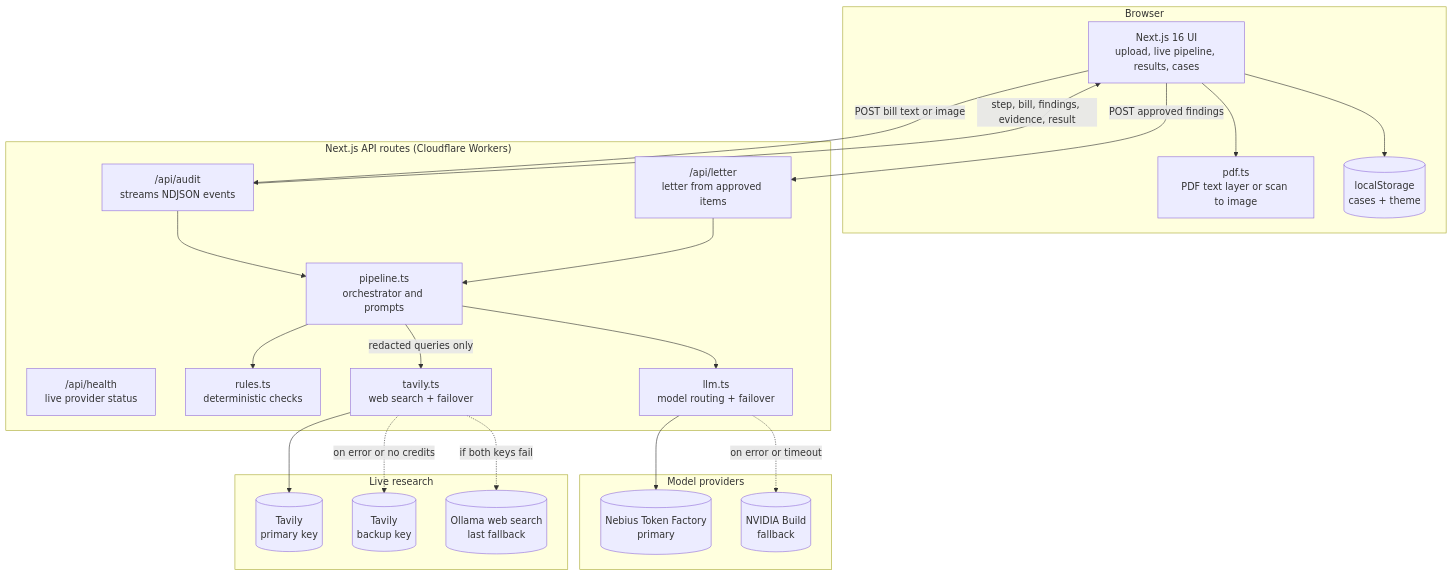
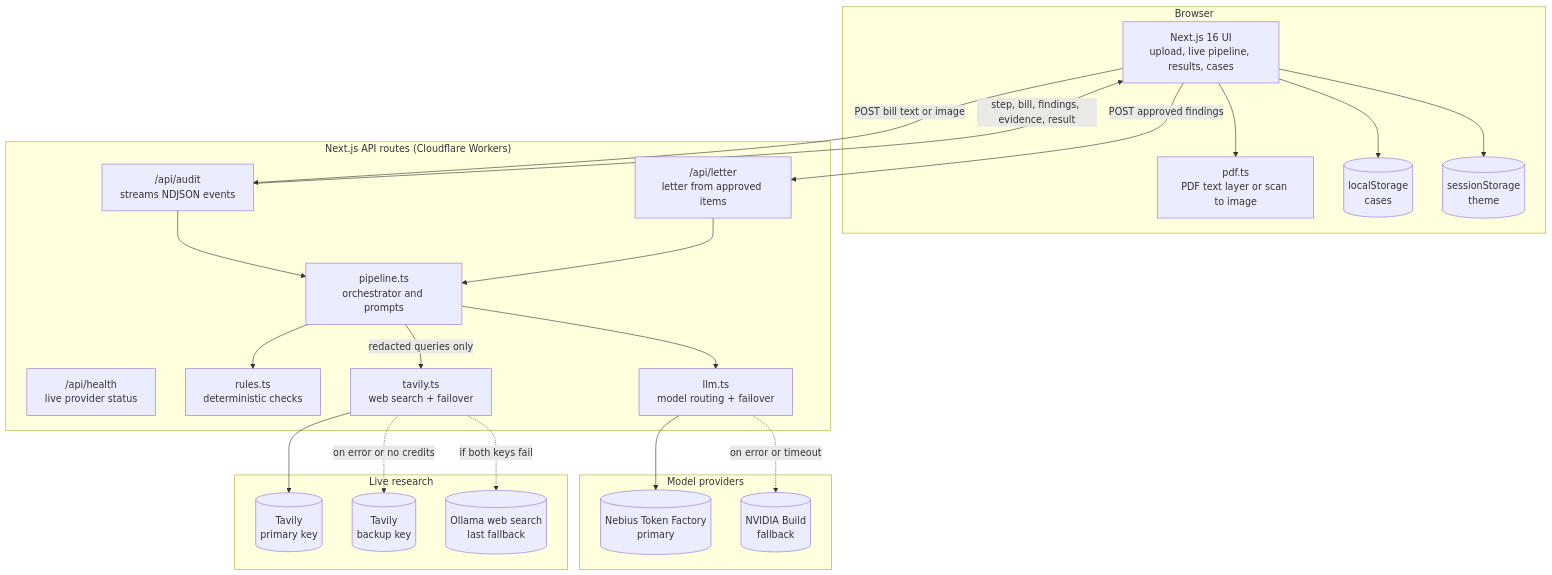
Before and after one commit to mdharishsuhaib/Quibillix: the first of 2 diagrams in README.md, drawn with Mermaid. The commit also changed other lines of this file and 2 other files, not shown here.

````diff
--- a/README.md
+++ b/README.md
@@ -120,45 +120,47 @@
 ```mermaid
 flowchart TD
     subgraph Client["Browser"]
         UI["Next.js 16 UI<br/>upload, live pipeline, results, cases"]
         PDF["pdf.ts<br/>PDF text layer or scan to image"]
-        Store[("localStorage<br/>cases + theme")]
+        Store[("localStorage<br/>cases")]
+        Session[("sessionStorage<br/>theme")]
     end
 
     subgraph Server["Next.js API routes (Cloudflare Workers)"]
         Audit["/api/audit<br/>streams NDJSON events"]
         Letter["/api/letter<br/>letter from approved items"]
         Health["/api/health<br/>live provider status"]
         Pipeline["pipeline.ts<br/>orchestrator and prompts"]
         Rules["rules.ts<br/>deterministic checks"]
         LLM["llm.ts<br/>model routing + failover"]
         Search["tavily.ts<br/>web search + failover"]
     end
 
     subgraph Models["Model providers"]
         Nebius[("Nebius Token Factory<br/>primary")]
         NVIDIA[("NVIDIA Build<br/>fallback")]
     end
 
     subgraph Web["Live research"]
         Tavily[("Tavily<br/>primary key")]
         Tavily2[("Tavily<br/>backup key")]
         Ollama[("Ollama web search<br/>last fallback")]
     end
 
     UI --> PDF
     UI -- "POST bill text or image" --> Audit
     UI -- "POST approved findings" --> Letter
     Audit --> Pipeline
     Letter --> Pipeline
     Pipeline --> Rules
     Pipeline --> LLM
     Pipeline -- "redacted queries only" --> Search
     LLM --> Nebius
     LLM -. "on error or timeout" .-> NVIDIA
     Search --> Tavily
     Search -. "on error or no credits" .-> Tavily2
     Search -. "if both keys fail" .-> Ollama
     Audit -- "step, bill, findings, evidence, result" --> UI
     UI --> Store
+    UI --> Session
 ```
````
